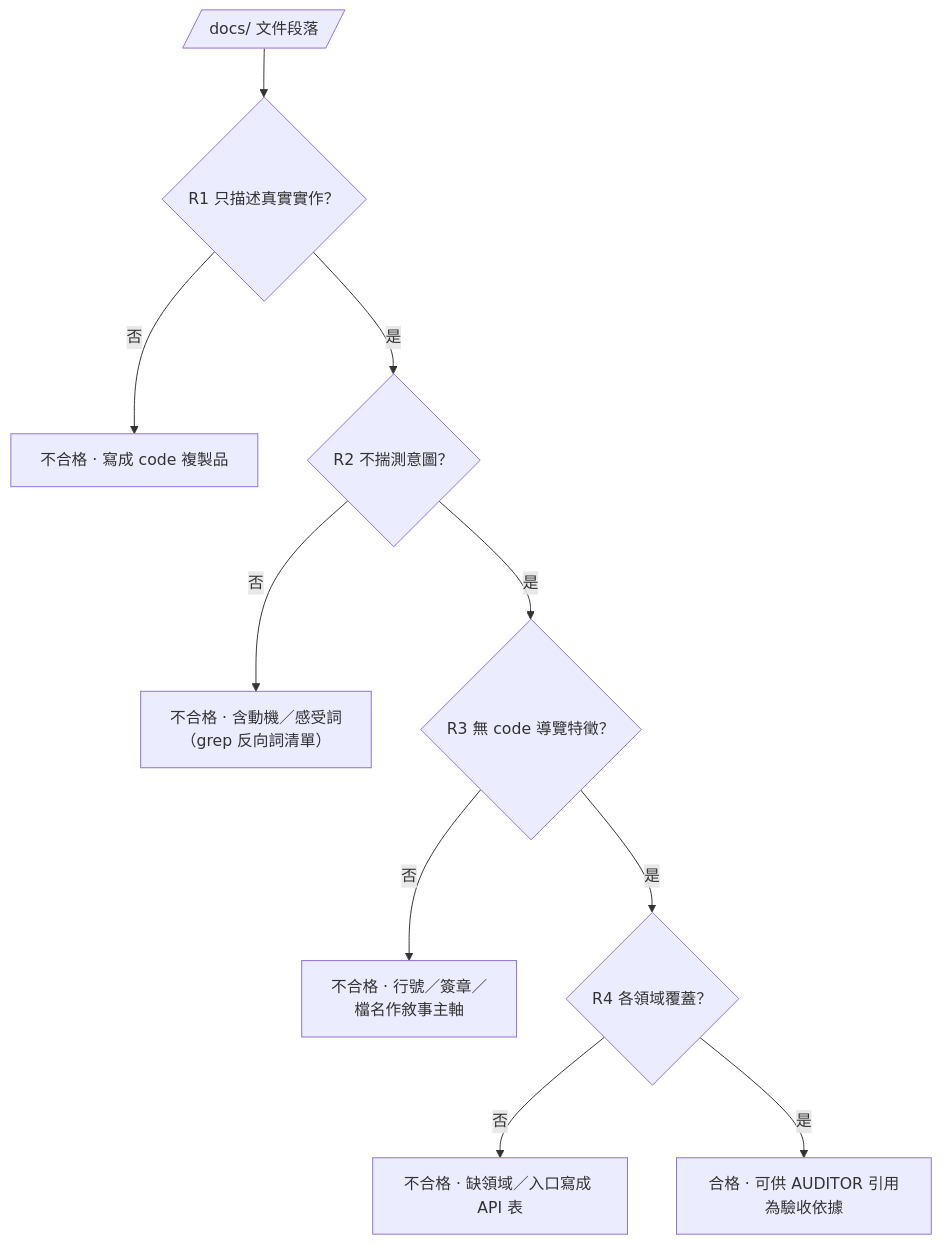
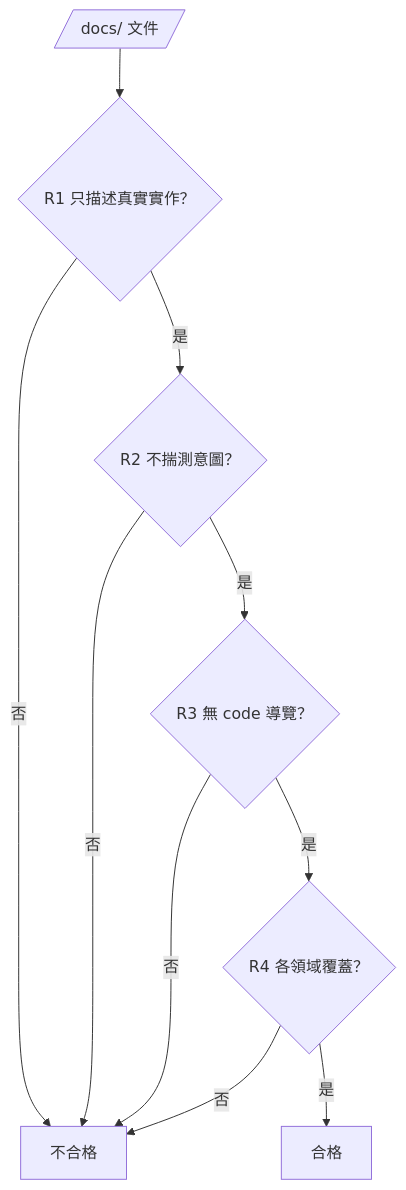
The second of 2 diagrams in skills/shiftblame/assets/DOCS.md (teps3105/shiftblame), drawn with Mermaid before and after one commit. The commit also changed other lines of this file and 12 other files, not shown here.

Commit message:
fix: 消除流水帳圖、範本改架構圖加文字內容

````diff
--- a/skills/shiftblame/assets/DOCS.md
+++ b/skills/shiftblame/assets/DOCS.md
@@ -35,12 +36,12 @@
 ```mermaid
 flowchart TD
-    Doc[/docs/ 文件段落/] --> R1{R1 只描述真實實作？}
-    R1 -- 否 --> Fail1[不合格 · 寫成 code 複製品]
+    Doc[/docs/ 文件/] --> R1{R1 只描述真實實作？}
+    R1 -- 否 --> Fail[不合格]
     R1 -- 是 --> R2{R2 不揣測意圖？}
-    R2 -- 否 --> Fail2["不合格 · 含動機／感受詞<br/>（grep 反向詞清單）"]
-    R2 -- 是 --> R3{R3 無 code 導覽特徵？}
-    R3 -- 否 --> Fail3["不合格 · 行號／簽章／<br/>檔名作敘事主軸"]
+    R2 -- 否 --> Fail
+    R2 -- 是 --> R3{R3 無 code 導覽？}
+    R3 -- 否 --> Fail
     R3 -- 是 --> R4{R4 各領域覆蓋？}
-    R4 -- 否 --> Fail4[不合格 · 缺領域／入口寫成 API 表]
-    R4 -- 是 --> Pass[合格 · 可供 AUDITOR 引用為驗收依據]
+    R4 -- 否 --> Fail
+    R4 -- 是 --> Pass[合格]
 ```
````
